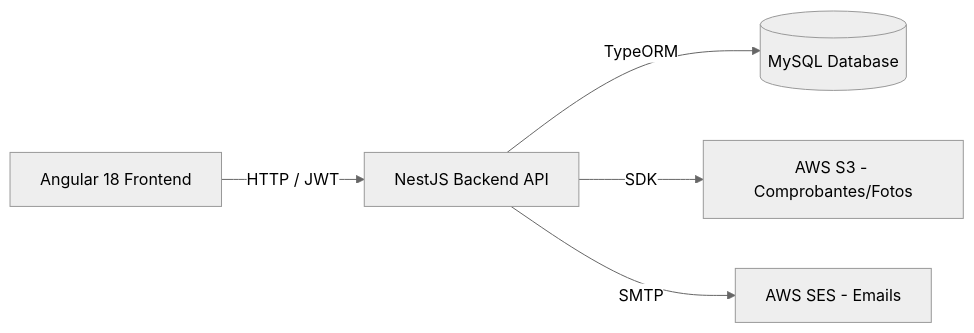
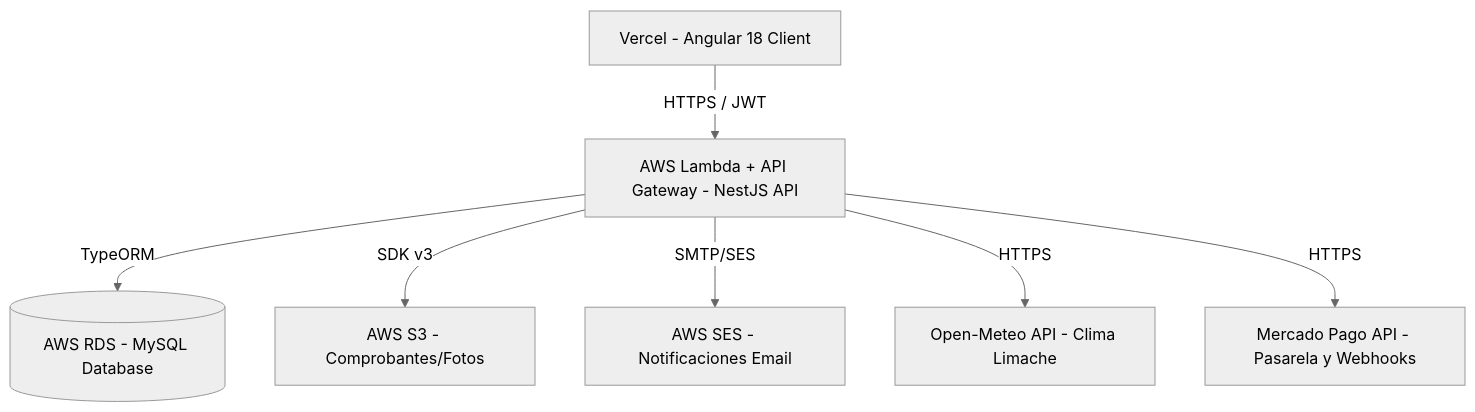
Before and after one commit to fuentesbusco/enap-booking-platform: the diagram in design.md, drawn with Mermaid (neutral theme). The commit also changed other lines of this file and 4 other files, not shown here.

````diff
--- a/design.md
+++ b/design.md
@@ -11,7 +11,9 @@
 ```mermaid
-graph LR
-    A[Angular 18 Frontend] -- HTTP / JWT --> B[NestJS Backend API]
-    B -- TypeORM --> C[(MySQL Database)]
-    B -- SDK --> D[AWS S3 - Comprobantes/Fotos]
-    B -- SMTP --> E[AWS SES - Emails]
+graph TD
+    A[Vercel - Angular 18 Client] -- HTTPS / JWT --> B[AWS Lambda + API Gateway - NestJS API]
+    B -- TypeORM --> C[(AWS RDS - MySQL Database)]
+    B -- SDK v3 --> D[AWS S3 - Comprobantes/Fotos]
+    B -- SMTP/SES --> E[AWS SES - Notificaciones Email]
+    B -- HTTPS --> F[Open-Meteo API - Clima Limache]
+    B -- HTTPS --> G[Mercado Pago API - Pasarela y Webhooks]
 ```
````
